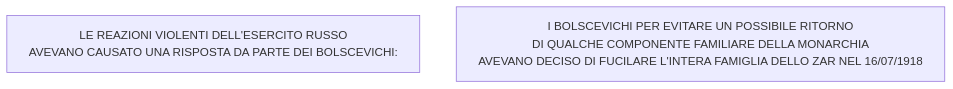
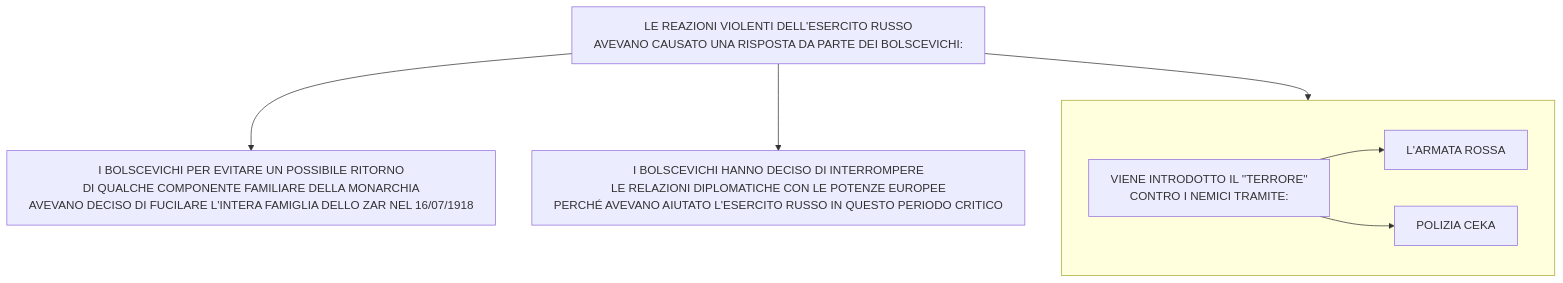
The seventh of 7 diagrams in stalinismoRiscrittura.md (Laaouatni/ricerca-storia-MermaidJS), drawn with Mermaid before and after one commit.

````diff
--- a/stalinismoRiscrittura.md
+++ b/stalinismoRiscrittura.md
@@ -120,6 +120,14 @@
 ```mermaid
-%%{init: { "flowchart": { "wrappingWidth": 700 } }}%%
+%%{init: { "flowchart": { "wrappingWidth": 800 } }}%%
 flowchart TB
   0[LE REAZIONI VIOLENTI DELL'ESERCITO RUSSO <br>AVEVANO CAUSATO UNA RISPOSTA DA PARTE DEI BOLSCEVICHI:]
   1[I BOLSCEVICHI PER EVITARE UN POSSIBILE RITORNO <BR>DI QUALCHE COMPONENTE FAMILIARE DELLA MONARCHIA <BR> AVEVANO DECISO DI FUCILARE L'INTERA FAMIGLIA DELLO ZAR NEL 16/07/1918]
+  2[I BOLSCEVICHI HANNO DECISO DI INTERROMPERE <br>LE RELAZIONI DIPLOMATICHE CON LE POTENZE EUROPEE <br> PERCHÉ AVEVANO AIUTATO L'ESERCITO RUSSO IN QUESTO PERIODO CRITICO]
+  subgraph 30[" "]
+    3[VIENE INTRODOTTO IL ''TERRORE'' <BR> CONTRO I NEMICI TRAMITE:]
+    4[L'ARMATA ROSSA]
+    5[POLIZIA CEKA]
+    3 --> 4 & 5
+  end
+  0 --> 1 & 2 & 30
 ```
````
